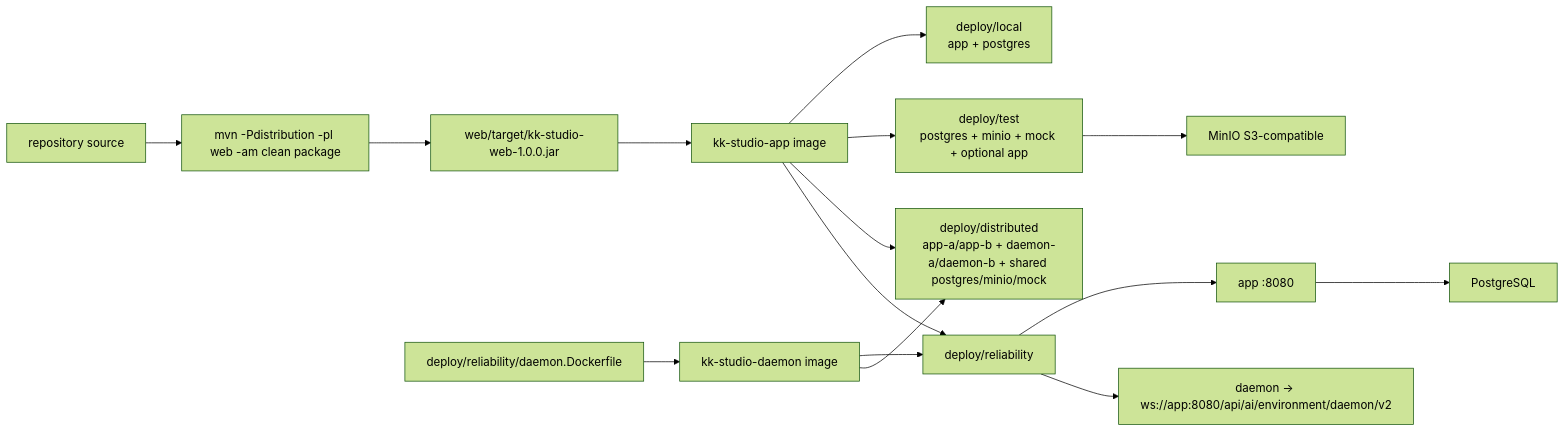
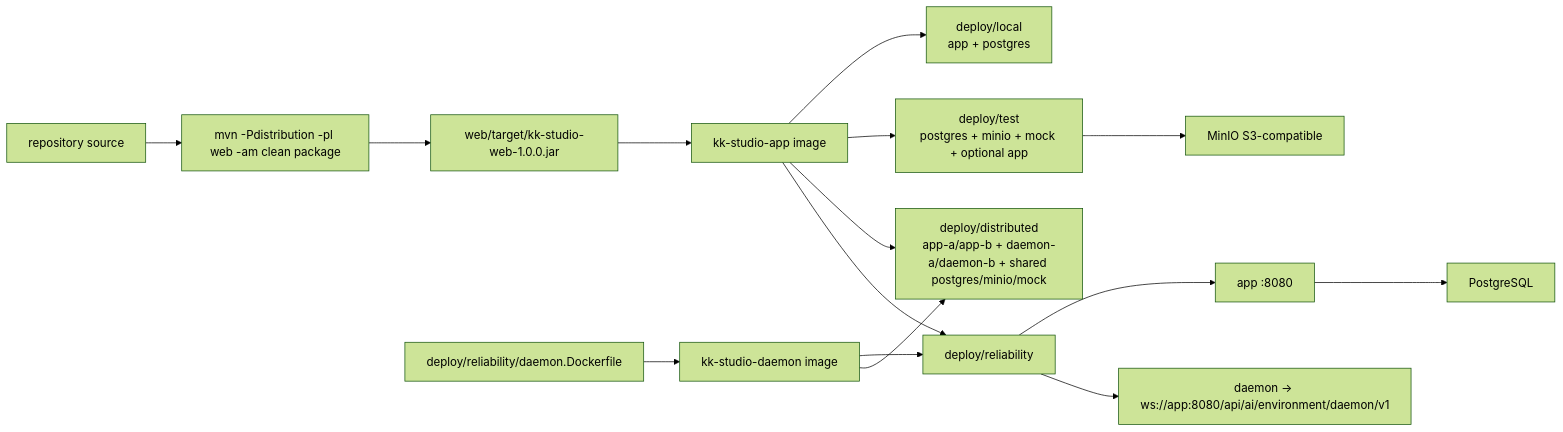
Before and after one commit to fengwk/kk-studio: the diagram in docs/operations/deployment.md, drawn with Mermaid (forest theme). The commit also changed other lines of this file and 121 other files, not shown here.

````diff
--- a/docs/operations/deployment.md
+++ b/docs/operations/deployment.md
@@ -31,17 +31,17 @@
 ```mermaid
 flowchart LR
   Source["repository source"] --> Maven["mvn -Pdistribution -pl web -am clean package"]
   Maven --> Jar["web/target/kk-studio-web-1.0.0.jar"]
   Jar --> AppImage["kk-studio-app image"]
   AppImage --> Local["deploy/local<br/>app + postgres"]
   AppImage --> Test["deploy/test<br/>postgres + minio + mock + optional app"]
   AppImage --> Distributed["deploy/distributed<br/>app-a/app-b + daemon-a/daemon-b + shared postgres/minio/mock"]
   DaemonBuild["deploy/reliability/daemon.Dockerfile"] --> DaemonImage["kk-studio-daemon image"]
   AppImage --> Reliability["deploy/reliability"]
   DaemonImage --> Reliability
   DaemonImage --> Distributed
   Reliability --> App["app :8080"]
-  Reliability --> Daemon["daemon -> ws://app:8080/api/ai/environment/daemon/v2"]
+  Reliability --> Daemon["daemon -> ws://app:8080/api/ai/environment/daemon/v1"]
   App --> PG["PostgreSQL"]
   Test --> S3["MinIO S3-compatible"]
 ```
````
